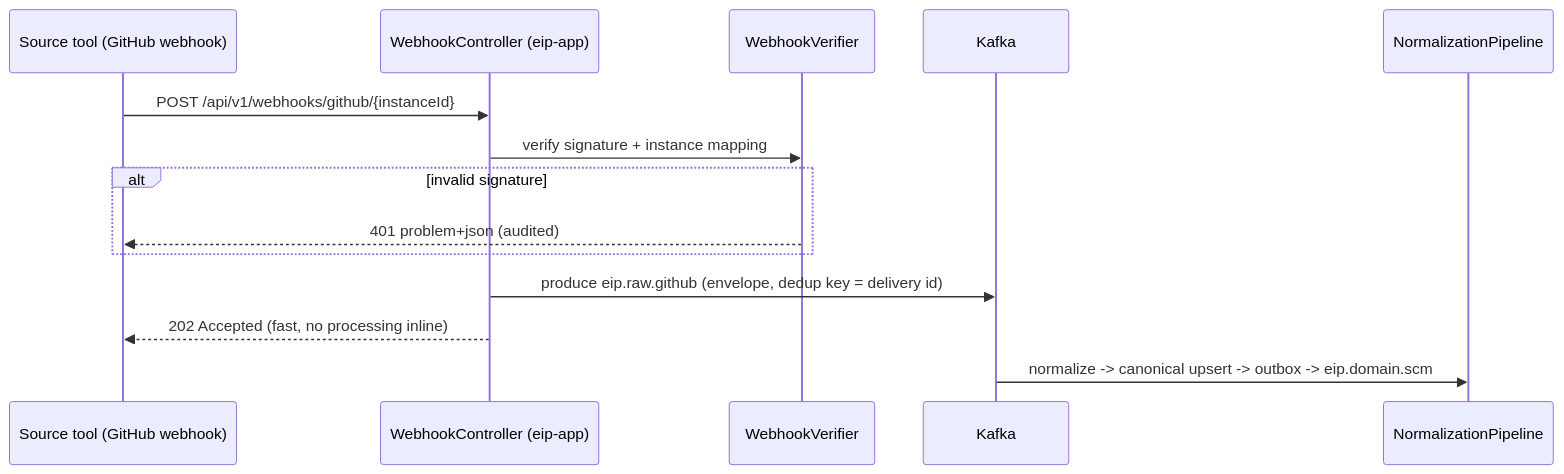
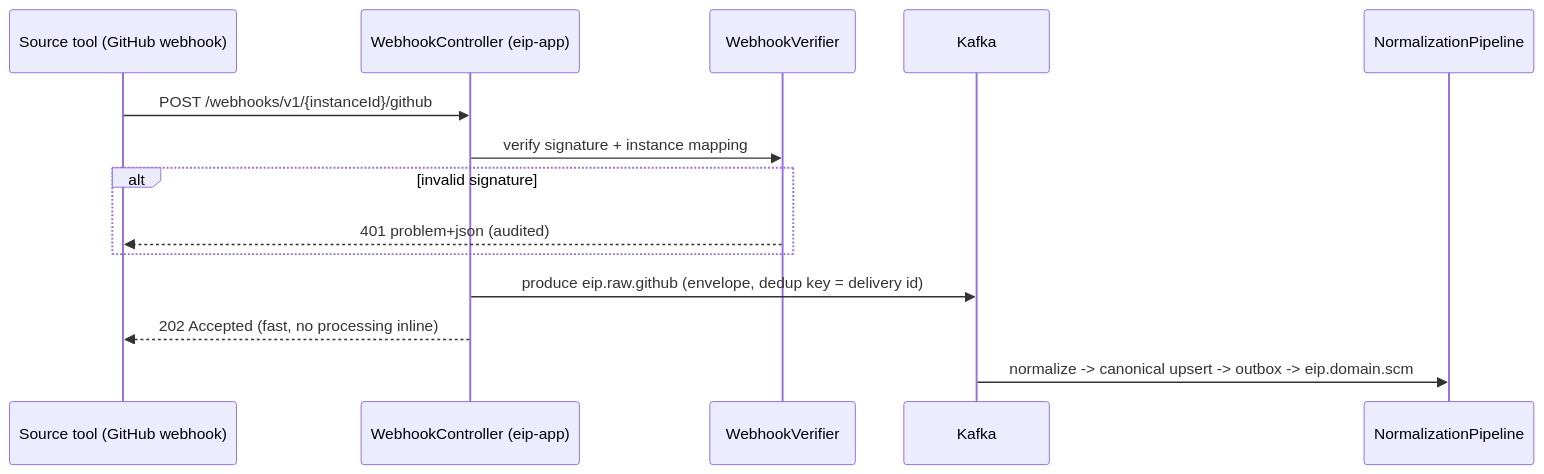
The third of 8 diagrams in docs/architecture/DataFlow.md (aliemrahpekesen/eKingProducitivtyMeter), drawn with Mermaid before and after one commit. The commit also changed other lines of this file and 81 other files, not shown here.

````diff
--- a/docs/architecture/DataFlow.md
+++ b/docs/architecture/DataFlow.md
@@ -99,17 +102,17 @@
 ```mermaid
 sequenceDiagram
     participant Src as Source tool (GitHub webhook)
     participant WC as WebhookController (eip-app)
     participant WV as WebhookVerifier
     participant K as Kafka
     participant NP as NormalizationPipeline
 
-    Src->>WC: POST /api/v1/webhooks/github/{instanceId}
+    Src->>WC: POST /webhooks/v1/{instanceId}/github
     WC->>WV: verify signature + instance mapping
     alt invalid signature
         WV-->>Src: 401 problem+json (audited)
     end
     WC->>K: produce eip.raw.github (envelope, dedup key = delivery id)
     WC-->>Src: 202 Accepted (fast, no processing inline)
     K->>NP: normalize -> canonical upsert -> outbox -> eip.domain.scm
 ```
````
